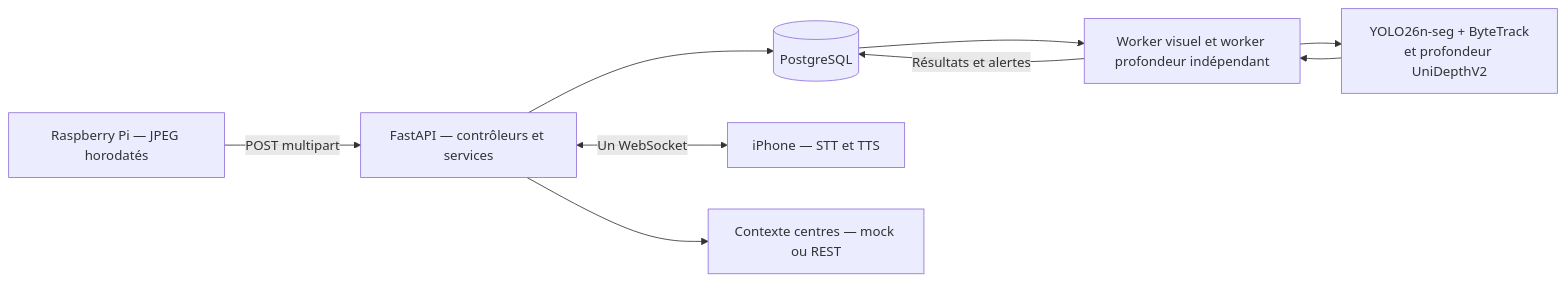
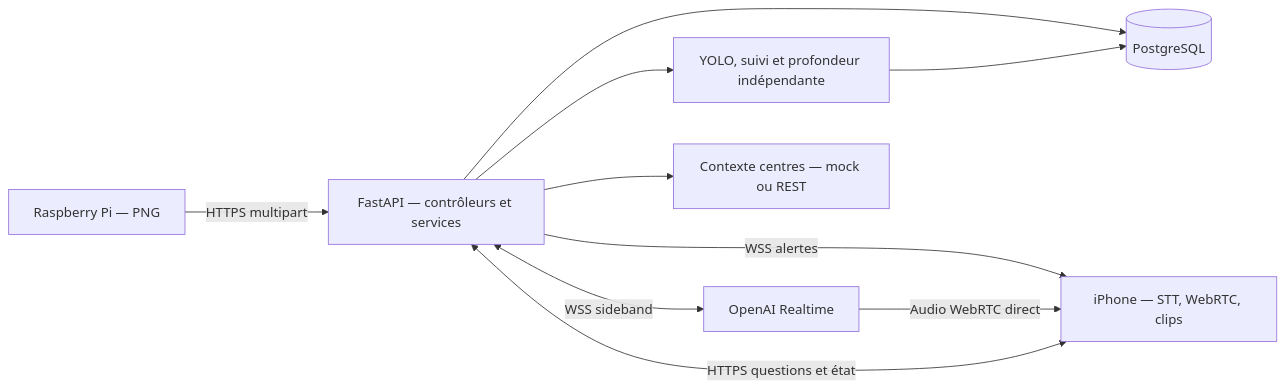
Before and after one commit to Mindsept/Looki--Vision: the diagram in README.md, drawn with Mermaid. The commit also changed other lines of this file and 56 other files, not shown here.

Commit message:
feat(contracts): implement mobile realtime lifecycle and PNG ingestion

````diff
--- a/README.md
+++ b/README.md
@@ -7,11 +7,12 @@
 ```mermaid
 flowchart LR
-    Pi["Raspberry Pi — JPEG horodatés"] -->|POST multipart| API["FastAPI — contrôleurs et services"]
-    API --> DB[(PostgreSQL)]
-    DB --> Worker["Worker visuel et worker profondeur indépendant"]
-    Worker --> Vision["YOLO26n-seg + ByteTrack<br/>et profondeur UniDepthV2"]
-    Vision --> Worker
-    Worker -->|Résultats et alertes| DB
-    API <-->|Un WebSocket| Phone["iPhone — STT et TTS"]
+    Pi["Raspberry Pi — PNG"] -->|"HTTPS multipart"| API["FastAPI — contrôleurs et services"]
+    API --> DB[("PostgreSQL")]
+    API --> Vision["YOLO, suivi et profondeur indépendante"]
+    Vision --> DB
+    App["iPhone — STT, WebRTC, clips"] <-->|"HTTPS questions et état"| API
+    API -->|"WSS alertes"| App
+    API <-->|"WSS sideband"| RT["OpenAI Realtime"]
+    RT -->|"Audio WebRTC direct"| App
     API --> Centres["Contexte centres — mock ou REST"]
 ```
````
